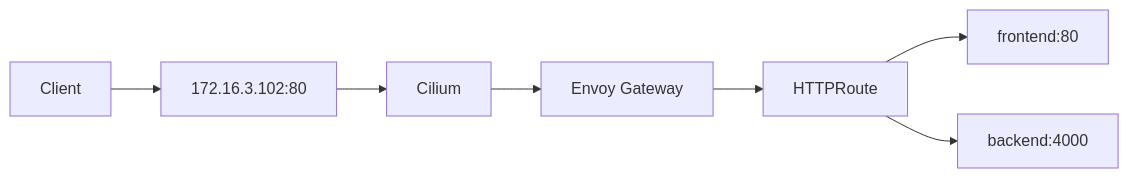
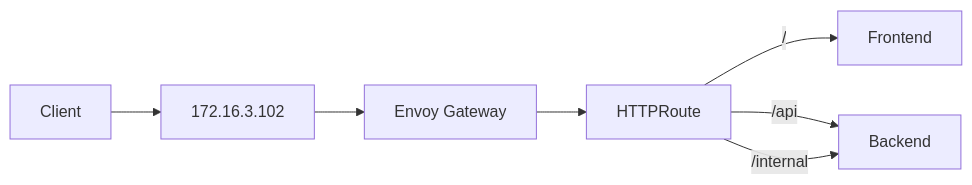
One commit to ahmed-sayed-devops/microservices-platform-gitops changed the eighth of 11 diagrams in docs/03-gateway-api/README.md. Above: the diagram before and after it, drawn with Mermaid. The commit also changed other lines of this file, not shown here.

Commit message:
docs: improve Gateway API diagrams

````diff
--- a/docs/03-gateway-api/README.md
+++ b/docs/03-gateway-api/README.md
@@ -462,25 +527,14 @@
 ```mermaid
 graph LR
-
-    Client["Client"]
-
-    VIP["172.16.3.102:80"]
-
-    Cilium["Cilium"]
-
-    Envoy["Envoy Gateway"]
-
-    Route["HTTPRoute"]
-
-    Frontend["frontend:80"]
-
-    Backend["backend:4000"]
+    Client[Client]
+    VIP[172.16.3.102]
+    Envoy[Envoy Gateway]
+    Route[HTTPRoute]
 
     Client --> VIP
-    VIP --> Cilium
-    Cilium --> Envoy
+    VIP --> Envoy
     Envoy --> Route
-
-    Route --> Frontend
-    Route --> Backend
+    Route -->|/| Frontend[Frontend]
+    Route -->|/api| Backend[Backend]
+    Route -->|/internal| Backend
 ```
````
